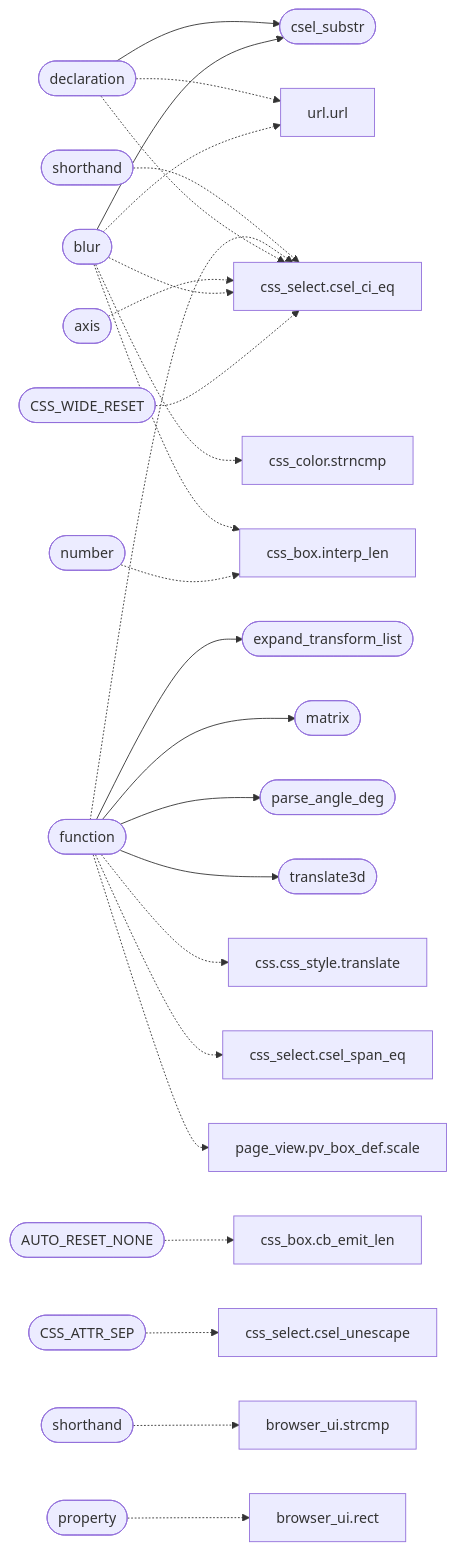
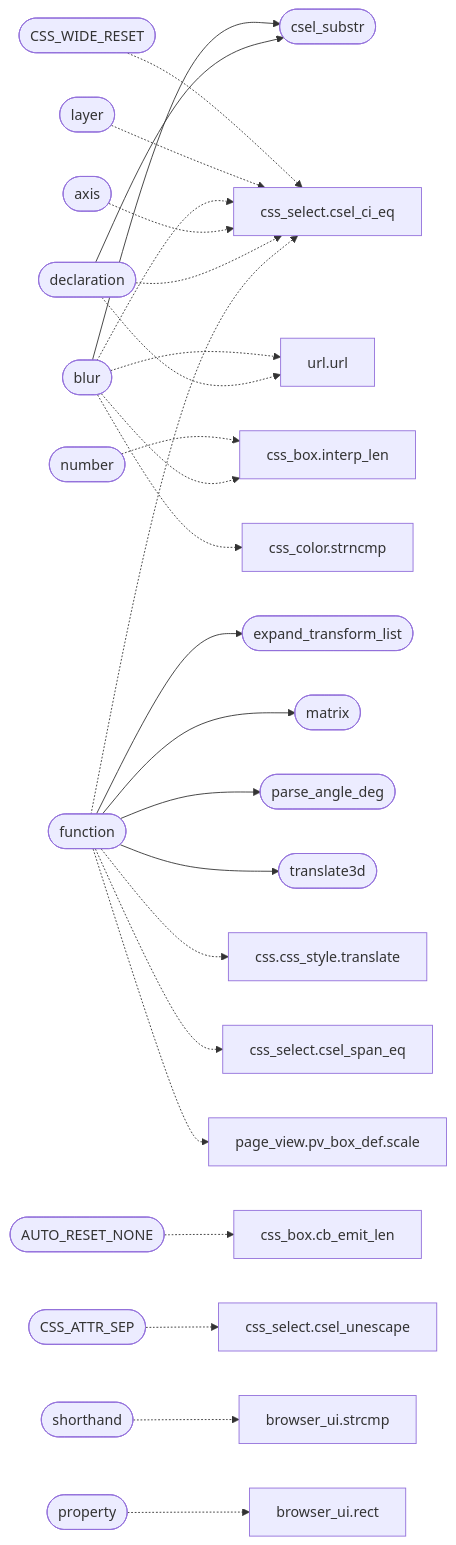
One commit to grisuno/FreeDom changed the second of 2 diagrams in readmenator-apidocs/modules/src.css.c.md. Above: the diagram before and after it, drawn with Mermaid. The commit also changed other lines of this file and 301 other files, not shown here.

````diff
--- a/readmenator-apidocs/modules/src.css.c.md
+++ b/readmenator-apidocs/modules/src.css.c.md
@@ -39,54 +39,54 @@
 ```mermaid
 flowchart LR
     n_src_css_c__blur(["blur"])
     n_src_css_c__csel_substr(["csel_substr"])
     n_src_css_c__declaration(["declaration"])
     n_src_css_c__function(["function"])
     n_src_css_c__expand_transform_list(["expand_transform_list"])
     n_src_css_c__matrix(["matrix"])
     n_src_css_c__parse_angle_deg(["parse_angle_deg"])
     n_src_css_c__translate3d(["translate3d"])
     n_src_css_c__CSS_WIDE_RESET(["CSS_WIDE_RESET"])
     n_include_css_select_h__csel_ci_eq["css_select.csel_ci_eq"]
     n_src_css_c__AUTO_RESET_NONE(["AUTO_RESET_NONE"])
     n_include_css_box_h__cb_emit_len["css_box.cb_emit_len"]
     n_src_css_c__number(["number"])
     n_src_css_box_c__interp_len["css_box.interp_len"]
+    n_src_css_c__layer(["layer"])
     n_include_url_h__url["url.url"]
     n_src_css_color_c__strncmp["css_color.strncmp"]
     n_src_css_c__axis(["axis"])
     n_src_css_c__CSS_ATTR_SEP(["CSS_ATTR_SEP"])
     n_include_css_select_h__csel_unescape["css_select.csel_unescape"]
     n_include_css_h__css_style_translate["css.css_style.translate"]
     n_include_css_select_h__csel_span_eq["css_select.csel_span_eq"]
     n_include_page_view_h__pv_box_def_scale["page_view.pv_box_def.scale"]
     n_src_css_c__shorthand(["shorthand"])
     n_gui_browser_ui_c__strcmp["browser_ui.strcmp"]
     n_src_css_c__property(["property"])
     n_gui_browser_ui_c__rect["browser_ui.rect"]
-    n_src_css_c__shorthand_3454(["shorthand"])
     n_src_css_c__blur --> n_src_css_c__csel_substr
     n_src_css_c__declaration --> n_src_css_c__csel_substr
     n_src_css_c__function --> n_src_css_c__expand_transform_list
     n_src_css_c__function --> n_src_css_c__matrix
     n_src_css_c__function --> n_src_css_c__parse_angle_deg
     n_src_css_c__function --> n_src_css_c__translate3d
     n_src_css_c__CSS_WIDE_RESET -.-> n_include_css_select_h__csel_ci_eq
     n_src_css_c__AUTO_RESET_NONE -.-> n_include_css_box_h__cb_emit_len
     n_src_css_c__number -.-> n_src_css_box_c__interp_len
+    n_src_css_c__layer -.-> n_include_css_select_h__csel_ci_eq
     n_src_css_c__blur -.-> n_include_css_select_h__csel_ci_eq
     n_src_css_c__blur -.-> n_include_url_h__url
     n_src_css_c__blur -.-> n_src_css_box_c__interp_len
     n_src_css_c__blur -.-> n_src_css_color_c__strncmp
     n_src_css_c__axis -.-> n_include_css_select_h__csel_ci_eq
     n_src_css_c__CSS_ATTR_SEP -.-> n_include_css_select_h__csel_unescape
     n_src_css_c__declaration -.-> n_include_css_select_h__csel_ci_eq
     n_src_css_c__declaration -.-> n_include_url_h__url
     n_src_css_c__function -.-> n_include_css_h__css_style_translate
     n_src_css_c__function -.-> n_include_css_select_h__csel_ci_eq
     n_src_css_c__function -.-> n_include_css_select_h__csel_span_eq
     n_src_css_c__function -.-> n_include_page_view_h__pv_box_def_scale
     n_src_css_c__shorthand -.-> n_gui_browser_ui_c__strcmp
     n_src_css_c__property -.-> n_gui_browser_ui_c__rect
-    n_src_css_c__shorthand_3454 -.-> n_include_css_select_h__csel_ci_eq
 ```
````
